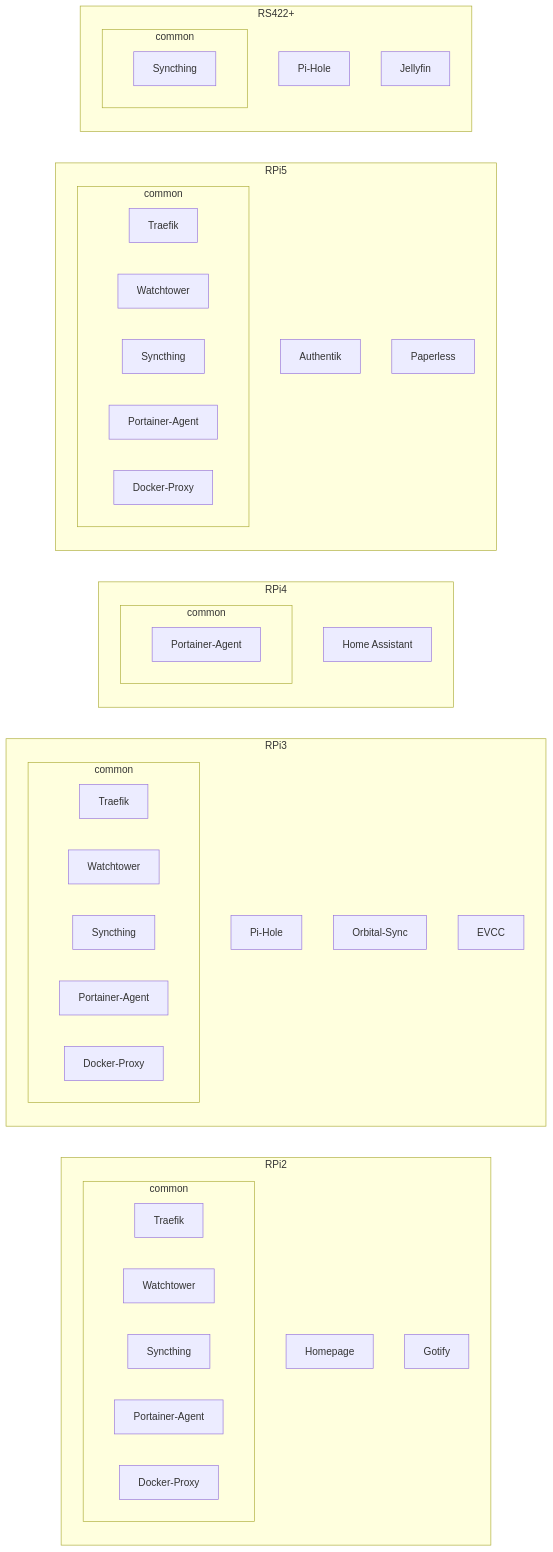
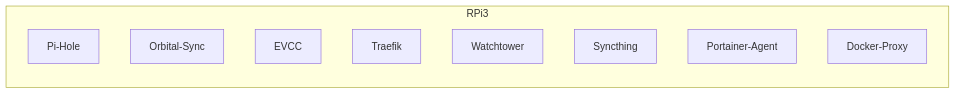
Before and after one commit to CFenner/homelab: the third of 7 diagrams in README.md, drawn with Mermaid. The commit also changed other lines of this file, not shown here.

````diff
--- a/README.md
+++ b/README.md
@@ -3,58 +42,15 @@
 ```mermaid
-
 flowchart LR
-
-  subgraph RPi2
-    Homepage
-    Gotify
-    subgraph common-rpi2[common]
-      traefik-rpi2[Traefik]
-      watchtower-rpi2[Watchtower]
-      syncthing-rpi2[Syncthing]
-      portainer-rpi2[Portainer-Agent]
-      dockerproxy-rpi2[Docker-Proxy]
-    end
-  end
 
   subgraph RPi3
     Pi-Hole
     Orbital-Sync
     EVCC
-    subgraph common-rpi3[common]
-      traefik-rpi3[Traefik]
-      watchtower-rpi3[Watchtower]
-      syncthing-rpi3[Syncthing]
-      portainer-rpi3[Portainer-Agent]
-      dockerproxy-rpi3[Docker-Proxy]
-    end
+
+    traefik-rpi3[Traefik]
+    watchtower-rpi3[Watchtower]
+    syncthing-rpi3[Syncthing]
+    portainer-rpi3[Portainer-Agent]
+    dockerproxy-rpi3[Docker-Proxy]
   end
-
-  subgraph RPi4
-    ha[Home Assistant]
-    subgraph common-rpi4[common]
-      portainer-rpi4[Portainer-Agent]
-    end
-  end
-
-  subgraph RPi5
-    Authentik
-    Paperless
-    
-    subgraph common-rpi5[common]
-      traefik-rpi5[Traefik]
-      watchtower-rpi5[Watchtower]
-      syncthing-rpi5[Syncthing]
-      portainer-rpi5[Portainer-Agent]
-      dockerproxy-rpi5[Docker-Proxy]
-    end
-  end
-
-  subgraph RS422+
-    secondary-pihole[Pi-Hole]
-    Jellyfin
-    subgraph common-rs422[common]
-      syncthing[Syncthing]
-    end
-  end
-
 ```
````
